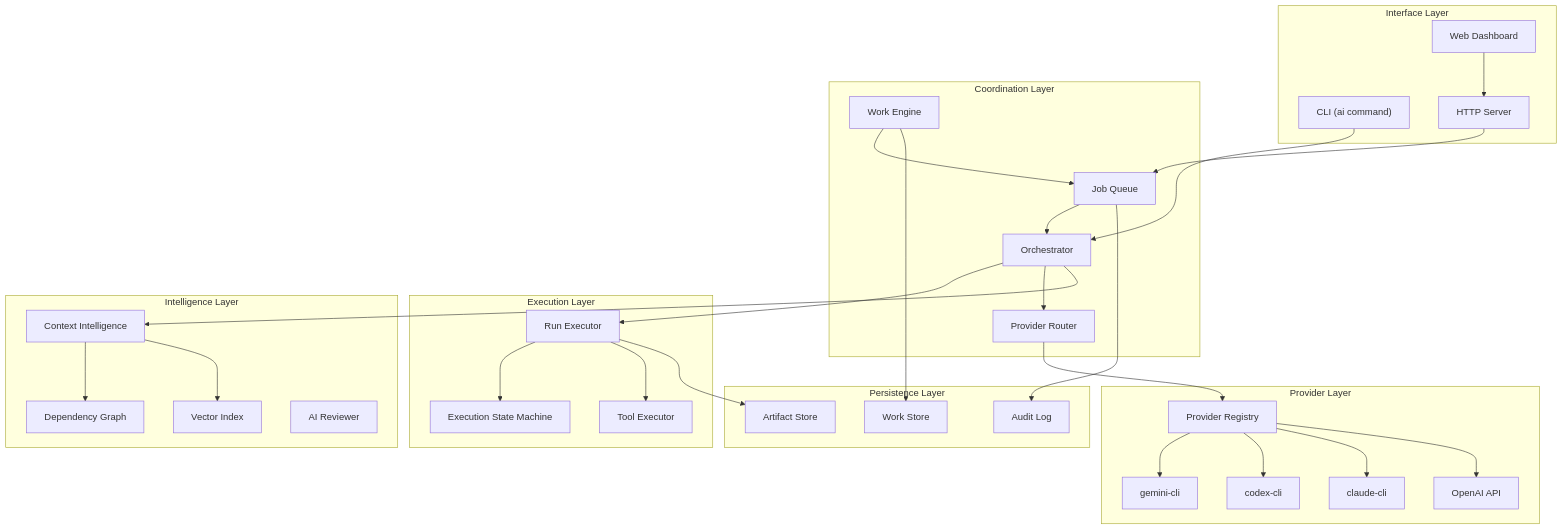
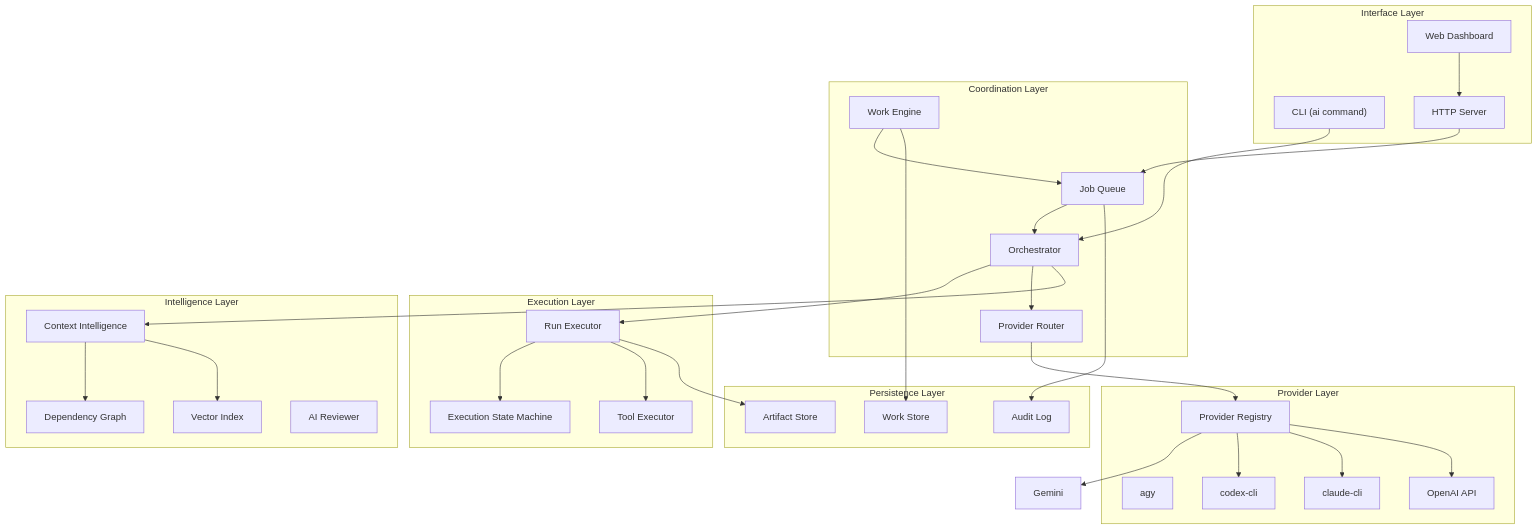
The first of 4 diagrams in docs/ARCHITECTURE.md (nghiant96/Orchestra-AI-Platform), drawn with Mermaid before and after one commit. The commit also changed other lines of this file and 9 other files, not shown here.

Commit message:
Fix: gemini-cli => agy cli

````diff
--- a/docs/ARCHITECTURE.md
+++ b/docs/ARCHITECTURE.md
@@ -9,62 +9,62 @@
 ```mermaid
 graph TB
     subgraph "Interface Layer"
         CLI["CLI (ai command)"]
         Server["HTTP Server"]
         Dashboard["Web Dashboard"]
     end
 
     subgraph "Coordination Layer"
         Orchestrator["Orchestrator"]
         Router["Provider Router"]
         Queue["Job Queue"]
         WorkEngine["Work Engine"]
     end
 
     subgraph "Execution Layer"
         RunExecutor["Run Executor"]
         ESM["Execution State Machine"]
         ToolExecutor["Tool Executor"]
     end
 
     subgraph "Intelligence Layer"
         Context["Context Intelligence"]
         DepGraph["Dependency Graph"]
         VectorSearch["Vector Index"]
         Reviewer["AI Reviewer"]
     end
 
     subgraph "Provider Layer"
         Registry["Provider Registry"]
-        Gemini["gemini-cli"]
+        Agy["agy"]
         Codex["codex-cli"]
         Claude["claude-cli"]
         OpenAI["OpenAI API"]
     end
 
     subgraph "Persistence Layer"
         Artifacts["Artifact Store"]
         AuditLog["Audit Log"]
         WorkStore["Work Store"]
     end
 
     CLI --> Orchestrator
     Server --> Queue
     Dashboard --> Server
     Queue --> Orchestrator
     WorkEngine --> Queue
 
     Orchestrator --> RunExecutor
     RunExecutor --> ESM
     RunExecutor --> ToolExecutor
     Orchestrator --> Router
     Router --> Registry
     Registry --> Gemini & Codex & Claude & OpenAI
 
     Orchestrator --> Context
     Context --> DepGraph & VectorSearch
 
     RunExecutor --> Artifacts
     Queue --> AuditLog
     WorkEngine --> WorkStore
 ```
````
